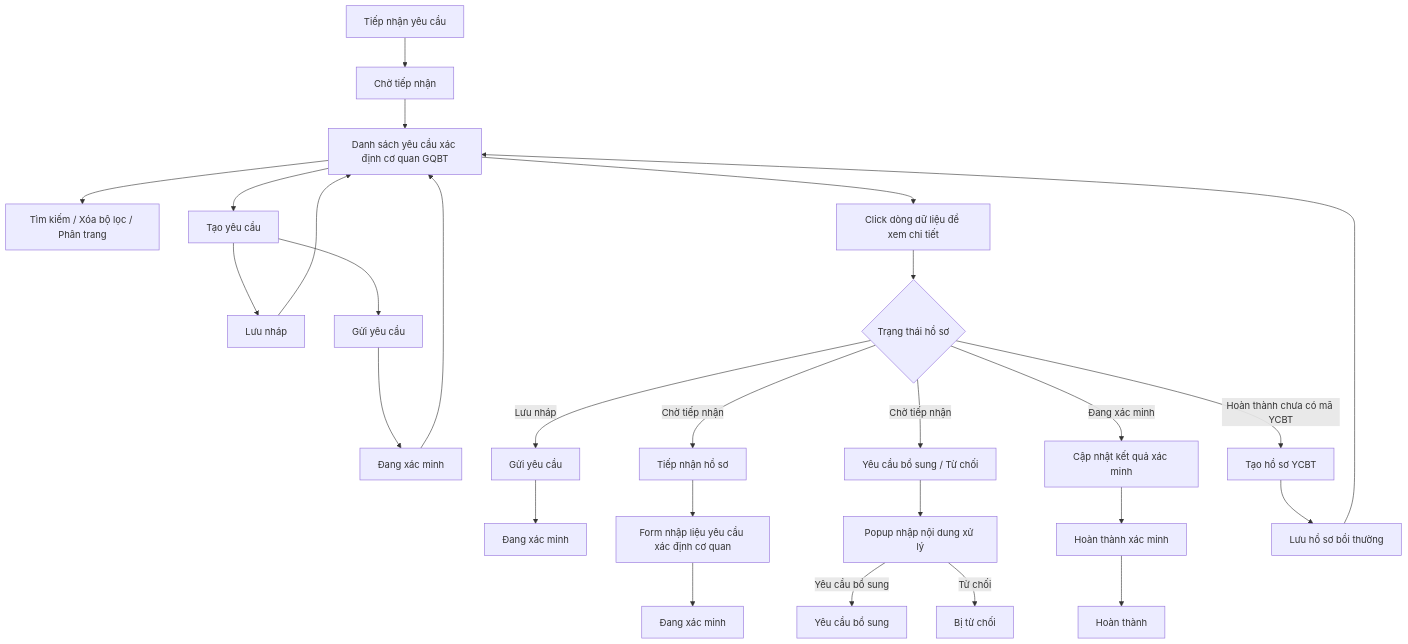
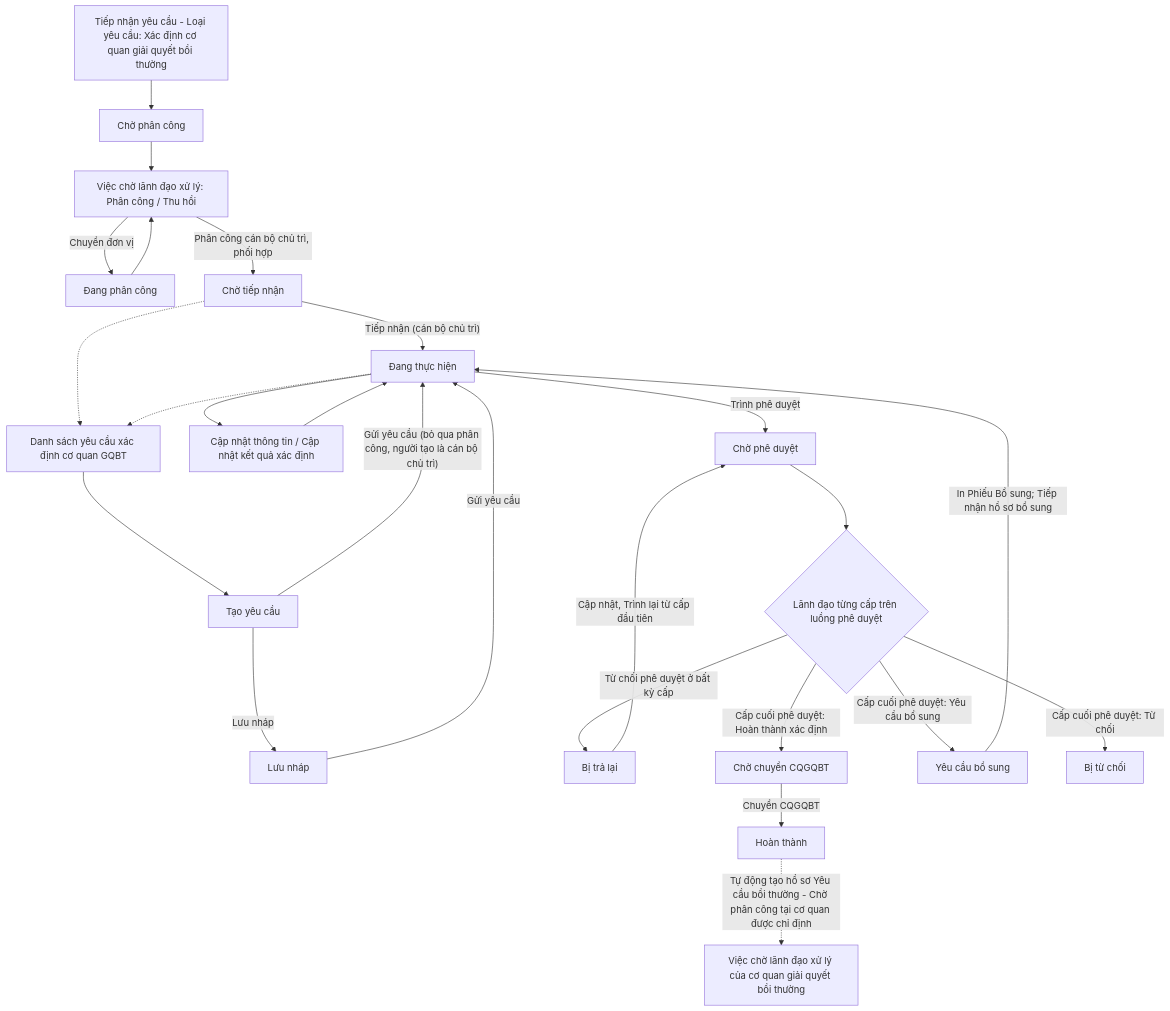
The diagram in Tai lieu phan tich/03_Website_Quan_tri/03_Cong_tac_boi_thuong/SRS_BTNN_GiaiQuyetBT__Xac định cơ quan GQBT.md (huyendt2007/BPBD_UI), drawn with Mermaid before and after one commit. The commit also changed other lines of this file and 64 other files, not shown here.

````diff
--- a/Tai lieu phan tich/03_Website_Quan_tri/03_Cong_tac_boi_thuong/SRS_BTNN_GiaiQuyetBT__Xac định cơ quan GQBT.md
+++ b/Tai lieu phan tich/03_Website_Quan_tri/03_Cong_tac_boi_thuong/SRS_BTNN_GiaiQuyetBT__Xac định cơ quan GQBT.md
@@ -23,29 +85,27 @@
 ```mermaid
 flowchart TD
-    A[Danh sách yêu cầu xác định cơ quan GQBT] --> B[Tìm kiếm / Xóa bộ lọc / Phân trang]
-    A --> C[Tạo yêu cầu]
-    TN[Tiếp nhận yêu cầu] --> TN1["Chờ tiếp nhận"]
-    TN1 --> A
-    C --> D["Lưu nháp"]
-    C --> E[Gửi yêu cầu]
-    D --> A
-    E --> E1["Đang xác minh"]
-    E1 --> A
-    A --> F[Click dòng dữ liệu để xem chi tiết]
-    F --> G{Trạng thái hồ sơ}
-    G -->|"Lưu nháp"| H[Gửi yêu cầu]
-    H --> H2["Đang xác minh"]
-    G -->|"Chờ tiếp nhận"| I[Tiếp nhận hồ sơ]
-    G -->|"Chờ tiếp nhận"| J[Yêu cầu bổ sung / Từ chối]
-    I --> I1[Form nhập liệu yêu cầu xác định cơ quan]
-    I1 --> L["Đang xác minh"]
-    J --> K[Popup nhập nội dung xử lý]
-    K -->|"Yêu cầu bổ sung"| K1["Yêu cầu bổ sung"]
-    K -->|"Từ chối"| K2["Bị từ chối"]
-    G -->|"Đang xác minh"| M[Cập nhật kết quả xác minh]
-    M --> N["Hoàn thành xác minh"]
-    N --> O["Hoàn thành"]
-    G -->|"Hoàn thành" chưa có mã YCBT| P[Tạo hồ sơ YCBT]
-    P --> Q[Lưu hồ sơ bồi thường]
-    Q --> A
+    TN["Tiếp nhận yêu cầu - Loại yêu cầu: Xác định cơ quan giải quyết bồi thường"] --> CPC["Chờ phân công"]
+    CPC --> LD["Việc chờ lãnh đạo xử lý: Phân công / Thu hồi"]
+    LD -->|"Chuyển đơn vị"| DPC["Đang phân công"]
+    DPC --> LD
+    LD -->|"Phân công cán bộ chủ trì, phối hợp"| CTN["Chờ tiếp nhận"]
+    A["Danh sách yêu cầu xác định cơ quan GQBT"] --> C["Tạo yêu cầu"]
+    C -->|"Lưu nháp"| D["Lưu nháp"]
+    D -->|"Gửi yêu cầu"| DTH["Đang thực hiện"]
+    C -->|"Gửi yêu cầu (bỏ qua phân công, người tạo là cán bộ chủ trì)"| DTH
+    CTN -->|"Tiếp nhận (cán bộ chủ trì)"| DTH
+    DTH --> KQ["Cập nhật thông tin / Cập nhật kết quả xác định"]
+    KQ --> DTH
+    DTH -->|"Trình phê duyệt"| CPD["Chờ phê duyệt"]
+    CPD --> PD{"Lãnh đạo từng cấp trên luồng phê duyệt"}
+    PD -->|"Từ chối phê duyệt ở bất kỳ cấp"| BTL["Bị trả lại"]
+    BTL -->|"Cập nhật, Trình lại từ cấp đầu tiên"| CPD
+    PD -->|"Cấp cuối phê duyệt: Hoàn thành xác định"| CC["Chờ chuyển CQGQBT"]
+    PD -->|"Cấp cuối phê duyệt: Yêu cầu bổ sung"| YCBS["Yêu cầu bổ sung"]
+    PD -->|"Cấp cuối phê duyệt: Từ chối"| BTC["Bị từ chối"]
+    YCBS -->|"In Phiếu Bổ sung; Tiếp nhận hồ sơ bổ sung"| DTH
+    CC -->|"Chuyển CQGQBT"| HT["Hoàn thành"]
+    HT -.->|"Tự động tạo hồ sơ Yêu cầu bồi thường - Chờ phân công tại cơ quan được chỉ định"| YC["Việc chờ lãnh đạo xử lý của cơ quan giải quyết bồi thường"]
+    CTN -.-> A
+    DTH -.-> A
 ```
````
